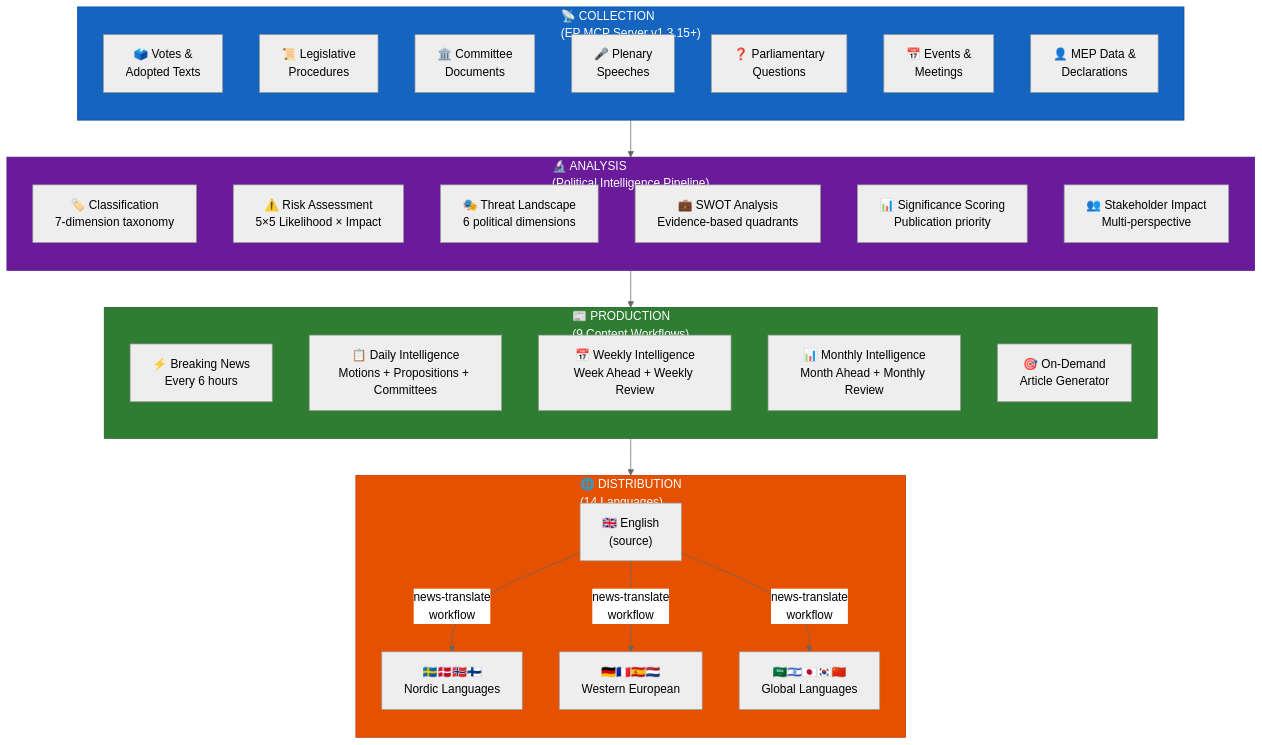
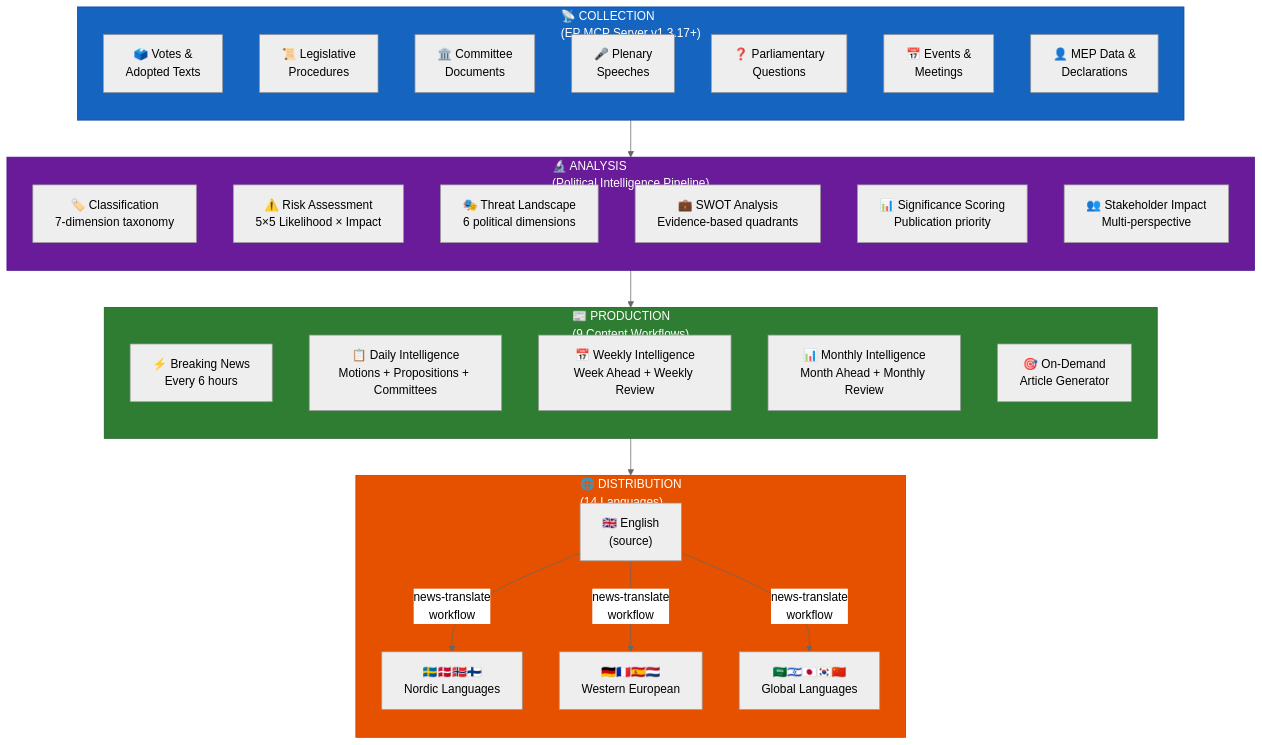
Before and after one commit to Hack23/euparliamentmonitor: diagram 20 of 23 in WORKFLOWS.md, drawn with Mermaid (neutral theme). The commit also changed other lines of this file and 60 other files, not shown here.

Commit message:
chore: bump EP MCP server to v1.3.17

````diff
--- a/WORKFLOWS.md
+++ b/WORKFLOWS.md
@@ -2130,48 +2130,48 @@
 ```mermaid
 flowchart TD
-    subgraph Collection["📡 COLLECTION<br/>(EP MCP Server v1.3.15+)"]
+    subgraph Collection["📡 COLLECTION<br/>(EP MCP Server v1.3.17+)"]
         direction TB
         C1["🗳️ Votes &<br/>Adopted Texts"]
         C2["📜 Legislative<br/>Procedures"]
         C3["🏛️ Committee<br/>Documents"]
         C4["🎤 Plenary<br/>Speeches"]
         C5["❓ Parliamentary<br/>Questions"]
         C6["📅 Events &<br/>Meetings"]
         C7["👤 MEP Data &<br/>Declarations"]
     end
 
     subgraph Analysis["🔬 ANALYSIS<br/>(Political Intelligence Pipeline)"]
         direction TB
         A1["🏷️ Classification<br/>7-dimension taxonomy"]
         A2["⚠️ Risk Assessment<br/>5×5 Likelihood × Impact"]
         A3["🎭 Threat Landscape<br/>6 political dimensions"]
         A4["💼 SWOT Analysis<br/>Evidence-based quadrants"]
         A5["📊 Significance Scoring<br/>Publication priority"]
         A6["👥 Stakeholder Impact<br/>Multi-perspective"]
     end
 
     subgraph Production["📰 PRODUCTION<br/>(9 Content Workflows)"]
         direction TB
         P1["⚡ Breaking News<br/>Every 6 hours"]
         P2["📋 Daily Intelligence<br/>Motions + Propositions + Committees"]
         P3["📅 Weekly Intelligence<br/>Week Ahead + Weekly Review"]
         P4["📊 Monthly Intelligence<br/>Month Ahead + Monthly Review"]
         P5["🎯 On-Demand<br/>Article Generator"]
     end
 
     subgraph Distribution["🌐 DISTRIBUTION<br/>(14 Languages)"]
         direction TB
         D1["🇬🇧 English<br/>(source)"]
         D2["🇸🇪🇩🇰🇳🇴🇫🇮<br/>Nordic Languages"]
         D3["🇩🇪🇫🇷🇪🇸🇳🇱<br/>Western European"]
         D4["🇸🇦🇮🇱🇯🇵🇰🇷🇨🇳<br/>Global Languages"]
     end
 
     Collection --> Analysis --> Production --> D1
     D1 --> |"news-translate<br/>workflow"| D2 & D3 & D4
 
     style Collection fill:#1565C0,stroke:#0D47A1,color:#FFFFFF
     style Analysis fill:#6A1B9A,stroke:#4A148C,color:#FFFFFF
     style Production fill:#2E7D32,stroke:#1B5E20,color:#FFFFFF
     style Distribution fill:#E65100,stroke:#BF360C,color:#FFFFFF
 ```
````
